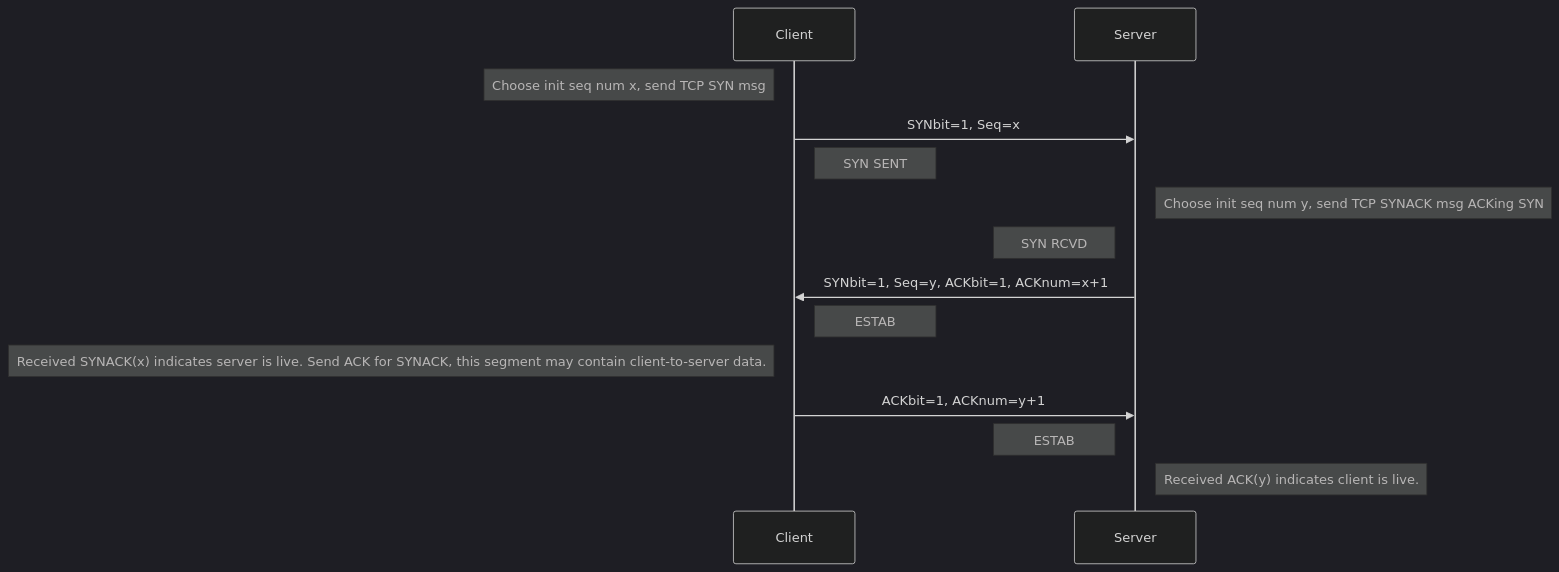
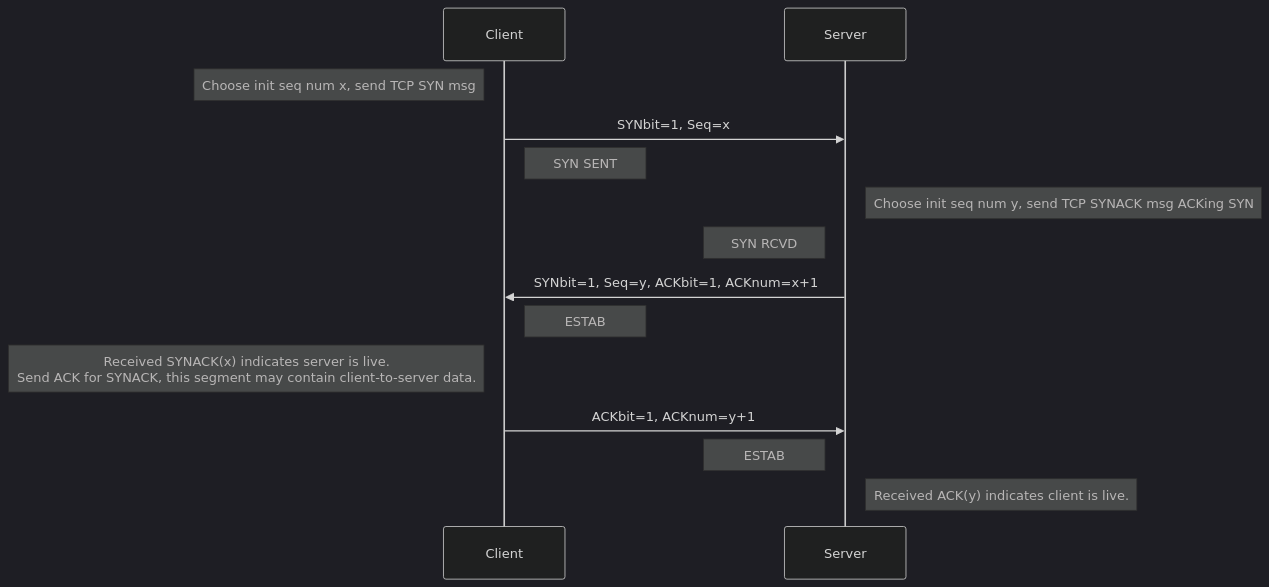
One commit to bweston6/uol-cs-notes changed the third of 4 diagrams in docs/comp211/lectures/_posts/2021-11-10-1.md. Above: the diagram before and after it, drawn with Mermaid (dark theme).

Commit message:
Split note over two lines.

````diff
--- a/docs/comp211/lectures/_posts/2021-11-10-1.md
+++ b/docs/comp211/lectures/_posts/2021-11-10-1.md
@@ -53,14 +53,14 @@
 ```mermaid
 sequenceDiagram
 note left of Client: Choose init seq num x, send TCP SYN msg
 Client ->> Server: SYNbit=1, Seq=x
 note right of Client: SYN SENT
 note right of Server: Choose init seq num y, send TCP SYNACK msg ACKing SYN
 note left of Server: SYN RCVD
 Server ->> Client: SYNbit=1, Seq=y, ACKbit=1, ACKnum=x+1
 note right of Client: ESTAB
-note left of Client: Received SYNACK(x) indicates server is live. Send ACK for SYNACK, this segment may contain client-to-server data.
+note left of Client: Received SYNACK(x) indicates server is live.<br>Send ACK for SYNACK, this segment may contain client-to-server data.
 Client ->> Server: ACKbit=1, ACKnum=y+1
 note left of Server: ESTAB
 note right of Server: Received ACK(y) indicates client is live.
 ```
````
